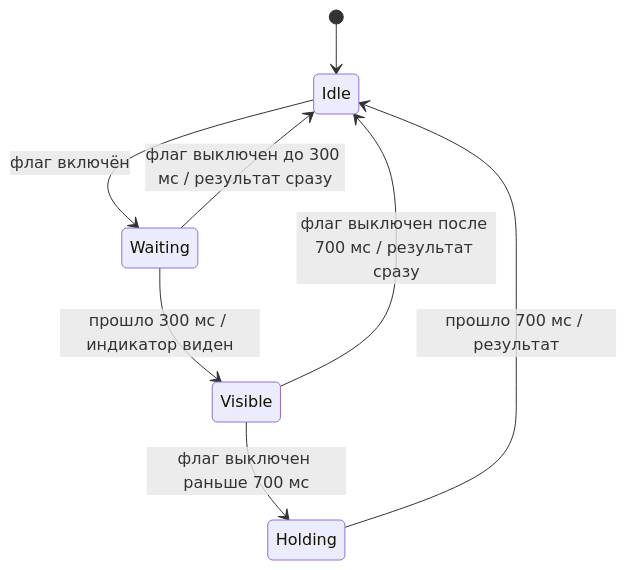
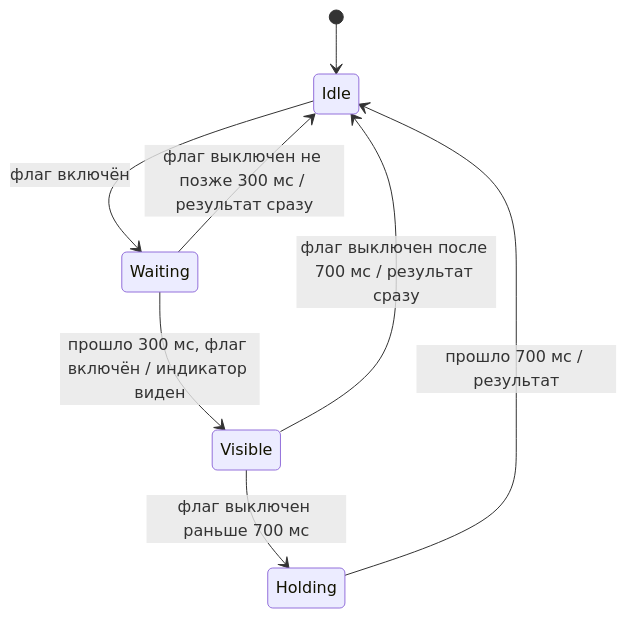
Before and after one commit to Daniiltyhtin/campus-rating: the first of 2 diagrams in docs/spec/plans/2026-11-13-001-feat-u24-name-fields-loaders-plan.md, drawn with Mermaid. The commit also changed other lines of this file and 4 other files, not shown here.

````diff
--- a/docs/spec/plans/2026-11-13-001-feat-u24-name-fields-loaders-plan.md
+++ b/docs/spec/plans/2026-11-13-001-feat-u24-name-fields-loaders-plan.md
@@ -245,10 +246,10 @@
 ```mermaid
 stateDiagram-v2
     [*] --> Idle
     Idle --> Waiting: флаг включён
-    Waiting --> Idle: флаг выключен до 300 мс / результат сразу
-    Waiting --> Visible: прошло 300 мс / индикатор виден
+    Waiting --> Idle: флаг выключен не позже 300 мс / результат сразу
+    Waiting --> Visible: прошло 300 мс, флаг включён / индикатор виден
     Visible --> Holding: флаг выключен раньше 700 мс
     Visible --> Idle: флаг выключен после 700 мс / результат сразу
     Holding --> Idle: прошло 700 мс / результат
 ```
````
